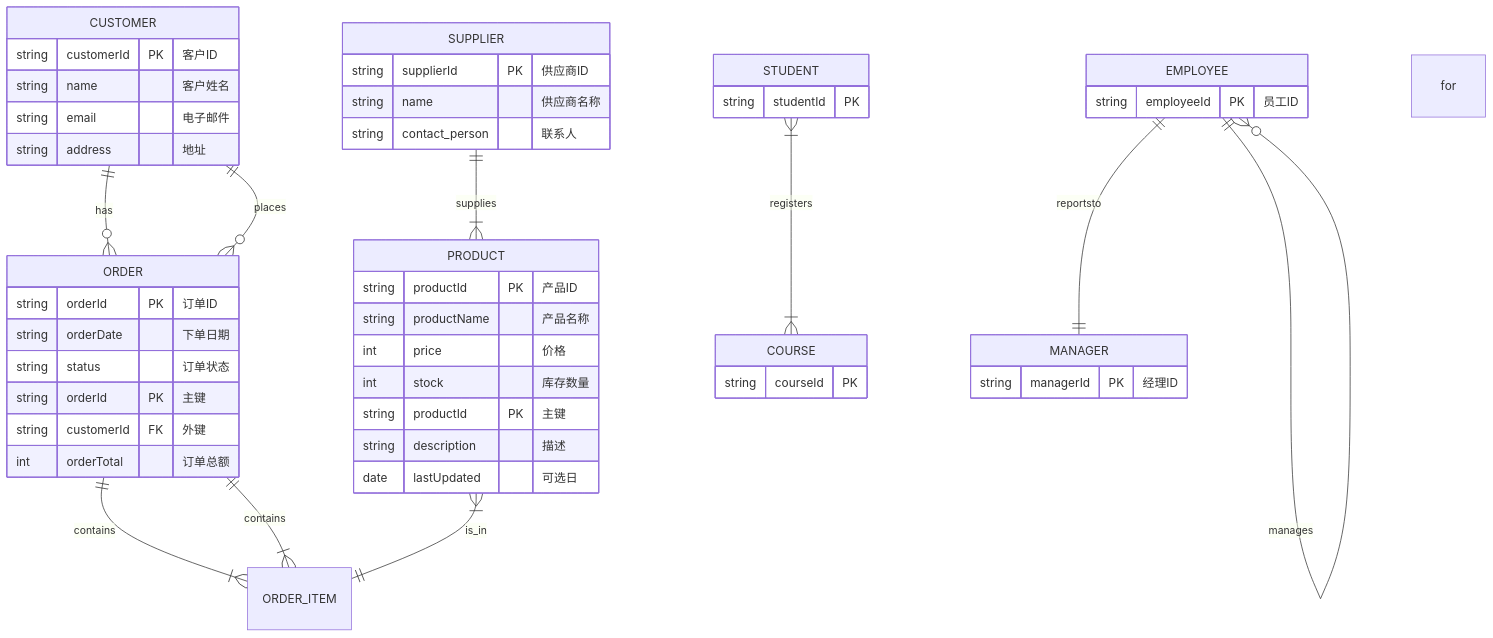
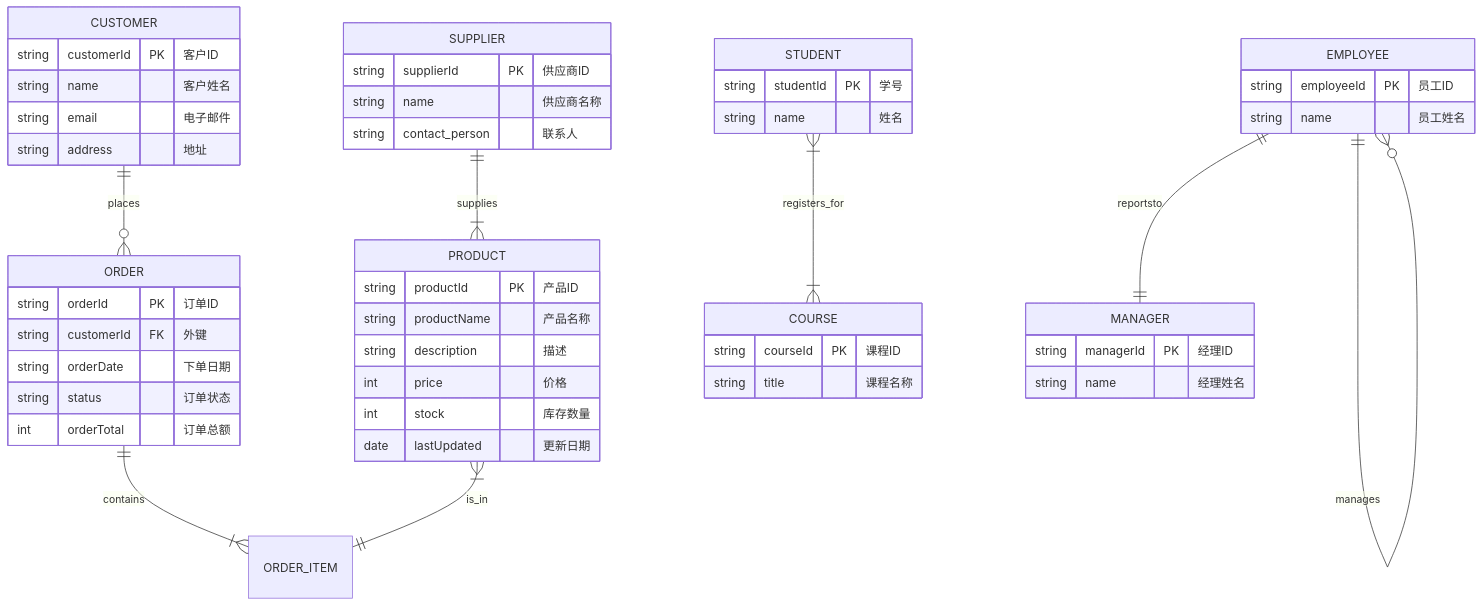
Before and after one commit to znbdev/know-how: the first of 21 diagrams in README-Mermaid.md, drawn with Mermaid. The commit also changed other lines of this file, not shown here.

First line of the commit message:
docs(mermaid): 更新 README-Mermaid.md 文档内容

````diff
--- a/README-Mermaid.md
+++ b/README-Mermaid.md
@@ -16,7 +16,7 @@
     %%--------------------------------------------------
     %% 实体定义 (Entity Definition)
     %%--------------------------------------------------
-    CUSTOMER ||--o{ ORDER : has
+    CUSTOMER ||--o{ ORDER : places
     CUSTOMER {
         string customerId PK "客户ID"
         string name "客户姓名"
@@ -27,16 +27,20 @@
     ORDER ||--|{ ORDER_ITEM : contains
     ORDER {
         string orderId PK "订单ID"
+        string customerId FK "外键"
         string orderDate "下单日期"
         string status "订单状态"
+        int orderTotal "订单总额"
     }
 
     PRODUCT }|--|| ORDER_ITEM : is_in
     PRODUCT {
         string productId PK "产品ID"
         string productName "产品名称"
+        string description "描述"
         int price "价格"
         int stock "库存数量"
+        date lastUpdated "更新日期"
     }
 
     SUPPLIER ||--|{ PRODUCT : supplies
@@ -46,62 +50,26 @@
         string contact_person "联系人"
     }
 
-    %%--------------------------------------------------
-    %% 关系定义 (Relationship Definition)
-    %%--------------------------------------------------
-    %% 关系名称: `关系`
-    %% 关系方向: `方向`
-    %% 关系基数 (Cardinality): `基数`
-    %% 实体名称1 `基数1`--`基数2` 实体名称2 : "关系名称"
-
-    %% 一对多 (One-to-many): 一个顾客可以下多个订单
-    CUSTOMER ||--o{ ORDER : places
-
-    %% 一对一 (One-to-one): 一个员工可以有一个经理
-    
     EMPLOYEE ||--|| MANAGER : reportsto
-
-
     EMPLOYEE {
         string employeeId PK "员工ID"
+        string name "员工姓名"
     }
     MANAGER {
         string managerId PK "经理ID"
+        string name "经理姓名"
     }
 
-    %% 多对多 (Many-to-many): 一个学生可以选多门课程，一门课程可以被多个学生选
-    STUDENT }|--|{ COURSE : registers for
+    STUDENT }|--|{ COURSE : registers_for
     STUDENT {
-        string studentId PK
+        string studentId PK "学号"
+        string name "姓名"
     }
     COURSE {
-        string courseId PK
+        string courseId PK "课程ID"
+        string title "课程名称"
     }
-
-    %% 弱实体 (Weak Entity): 订单项依赖于订单
-    ORDER ||--|{ ORDER_ITEM : contains
 
     %% 循环关系 (Recursive Relationship): 员工可以管理其他员工
     EMPLOYEE ||--o{ EMPLOYEE : manages
-
-    %%--------------------------------------------------
-    %% 属性类型和键 (Attribute Types & Keys)
-    %%--------------------------------------------------
-    %% 主键 (Primary Key): `PK` 或 `PK,FK`
-    %% 外键 (Foreign Key): `FK`
-    %% 必需属性 (Required): 默认为必需
-    %% 可选属性 (Optional): 使用 `?`TODO这个好像无效
-    %% 属性注释: "描述"
-    
-    ORDER {
-        string orderId PK "主键"
-        string customerId FK "外键"
-        int orderTotal "订单总额"
-    }
-
-    PRODUCT {
-        string productId PK "主键"
-        string description "描述"
-         date lastUpdated "可选日"
-    }
 ```
````
